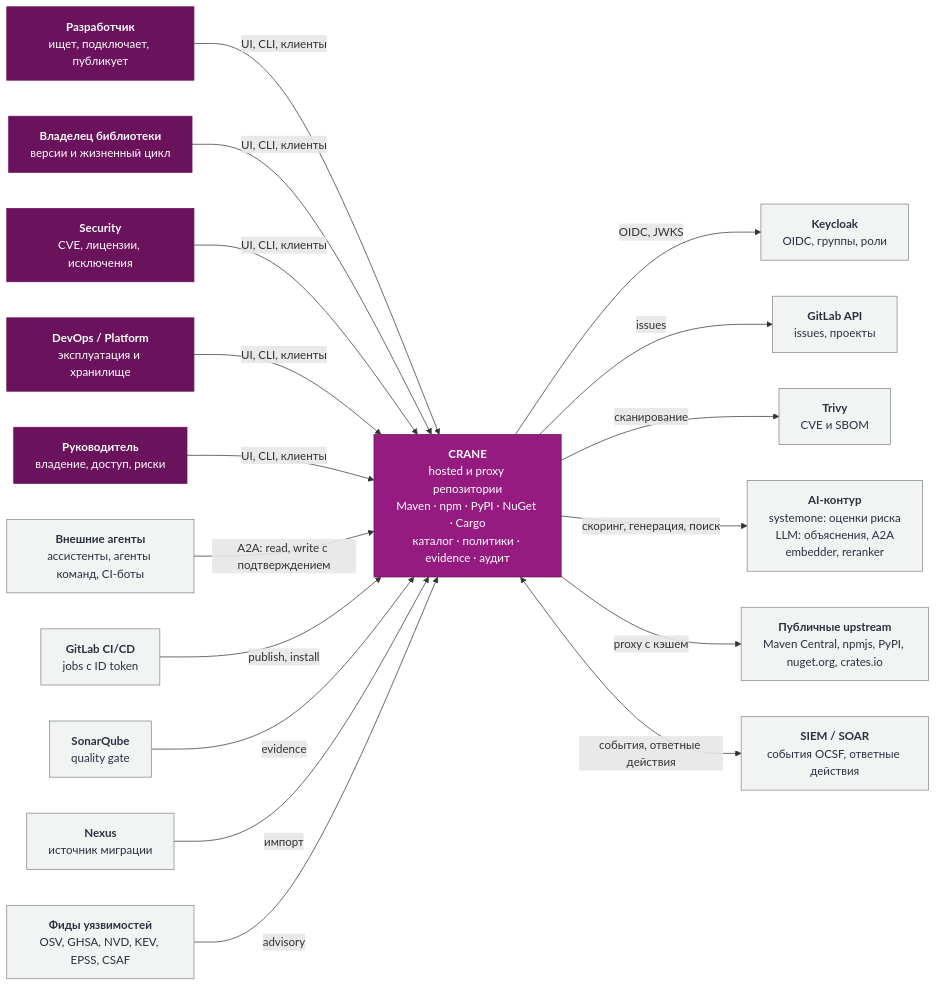
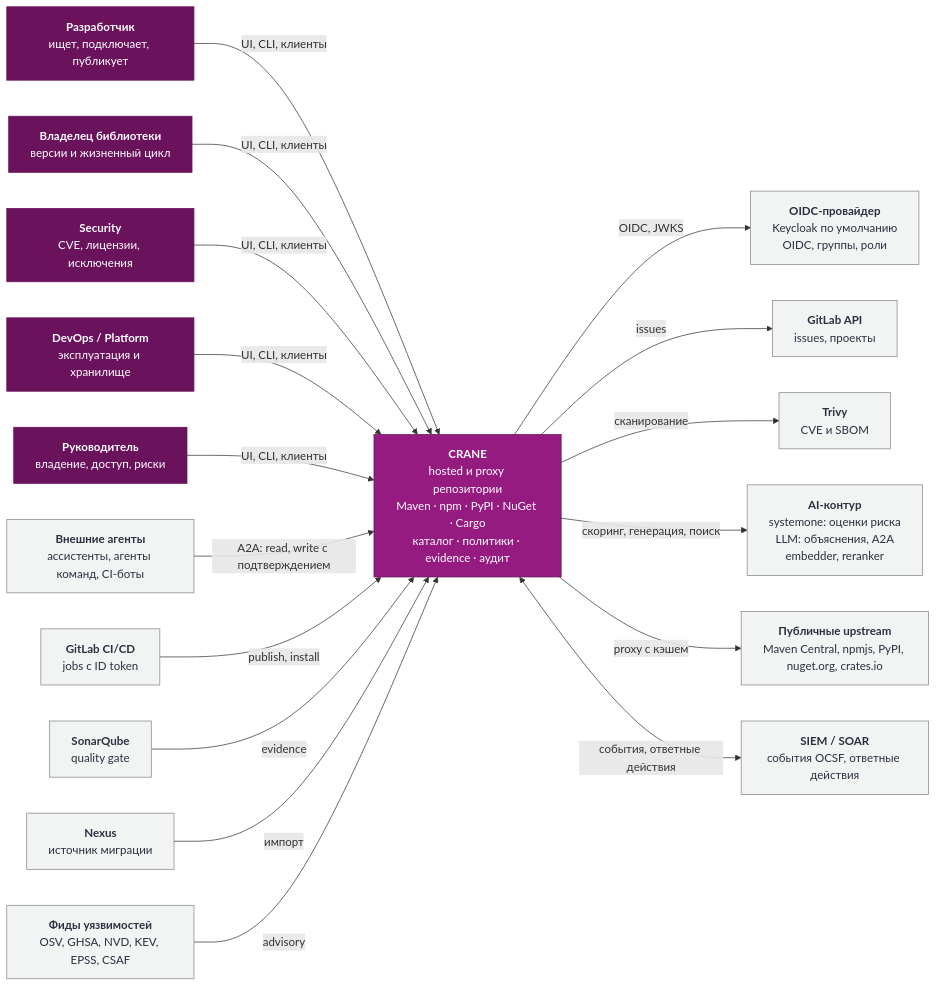
Before and after one commit to izevg/CRANE: the diagram in docs/product/05-c4-l1-context.md, drawn with Mermaid. The commit also changed other lines of this file and 19 other files, not shown here.

````diff
--- a/docs/product/05-c4-l1-context.md
+++ b/docs/product/05-c4-l1-context.md
@@ -5,35 +5,35 @@
 ```mermaid
 flowchart LR
   classDef person fill:#6a135c,stroke:#6a135c,color:#fff
   classDef sys fill:#951b81,stroke:#6a135c,color:#fff
   classDef ext fill:#f2f3f3,stroke:#80858e,color:#29303e
   dev["<b>Разработчик</b><br>ищет, подключает, публикует"]:::person
   own["<b>Владелец библиотеки</b><br>версии и жизненный цикл"]:::person
   sec["<b>Security</b><br>CVE, лицензии, исключения"]:::person
   ops["<b>DevOps / Platform</b><br>эксплуатация и хранилище"]:::person
   lead["<b>Руководитель</b><br>владение, доступ, риски"]:::person
   gl["<b>GitLab CI/CD</b><br>jobs с ID token"]:::ext
   sq["<b>SonarQube</b><br>quality gate"]:::ext
   nx["<b>Nexus</b><br>источник миграции"]:::ext
   SR["<b>CRANE</b><br>hosted и proxy репозитории<br>Maven · npm · PyPI · NuGet · Cargo<br>каталог · политики · evidence · аудит"]:::sys
-  kc["<b>Keycloak</b><br>OIDC, группы, роли"]:::ext
+  kc["<b>OIDC-провайдер</b><br>Keycloak по умолчанию<br>OIDC, группы, роли"]:::ext
   gli["<b>GitLab API</b><br>issues, проекты"]:::ext
   tr["<b>Trivy</b><br>CVE и SBOM"]:::ext
   ai["<b>AI-контур</b><br>systemone: оценки риска<br>LLM: объяснения, A2A<br>embedder, reranker"]:::ext
   feeds["<b>Фиды уязвимостей</b><br>OSV, GHSA, NVD, KEV, EPSS, CSAF"]:::ext
   ag["<b>Внешние агенты</b><br>ассистенты, агенты команд, CI-боты"]:::ext
   up["<b>Публичные upstream</b><br>Maven Central, npmjs, PyPI, nuget.org, crates.io"]:::ext
   siem["<b>SIEM / SOAR</b><br>события OCSF, ответные действия"]:::ext
   dev & own & sec & ops & lead -->|"UI, CLI, клиенты"| SR
   ag -->|"A2A: read, write с подтверждением"| SR
   gl -->|"publish, install"| SR
   sq -->|"evidence"| SR
   nx -->|"импорт"| SR
   feeds -->|"advisory"| SR
   SR -->|"OIDC, JWKS"| kc
   SR -->|"issues"| gli
   SR -->|"сканирование"| tr
   SR -->|"скоринг, генерация, поиск"| ai
   SR -->|"proxy с кэшем"| up
   SR <-->|"события, ответные действия"| siem
 ```
````
